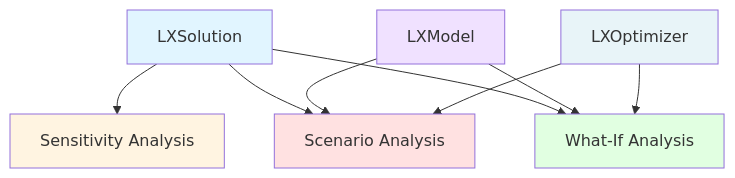
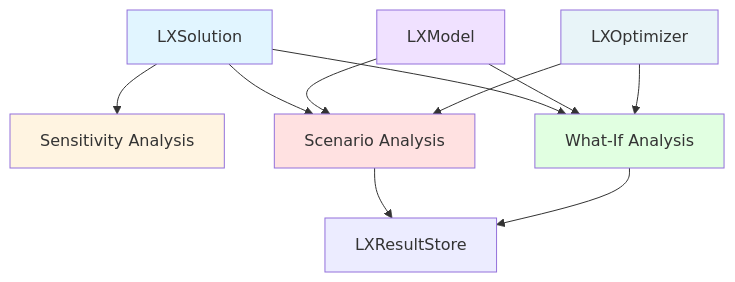
Before and after one commit to tdelphi1981/LumiX: the diagram in docs/source/api/analysis/index.rst, drawn with Mermaid. The commit also changed other lines of this file and 27 other files, not shown here.

Commit message:
docs(analysis): shared-instance copies, per-row sensitivity, model_factory, LXResultStore; CHANGELOG

```diff
--- a/docs/source/api/analysis/index.rst
+++ b/docs/source/api/analysis/index.rst
@@ -11,17 +11,19 @@
 .. mermaid::
 
    graph TD
        A[LXSolution] --> B[Sensitivity Analysis]
        A --> C[Scenario Analysis]
        A --> D[What-If Analysis]
+       C --> G[LXResultStore]
+       D --> G
        E[LXModel] --> C
        E --> D
        F[LXOptimizer] --> C
        F --> D
 
        style A fill:#e1f5ff
        style B fill:#fff4e1
        style C fill:#ffe1e1
        style D fill:#e1ffe1
        style E fill:#f0e1ff
        style F fill:#e8f4f8
```
